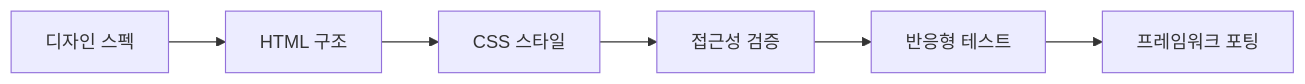
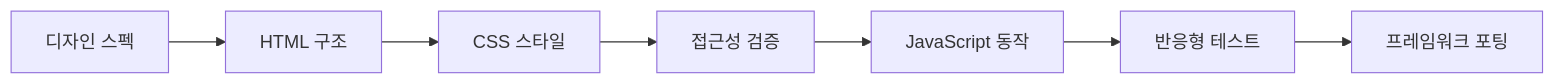
One commit to anerjin/design_system changed the diagram in _guide/project_guide.md. Above: the diagram before and after it, drawn with Mermaid. The commit also changed other lines of this file and 53 other files, not shown here.

````diff
--- a/_guide/project_guide.md
+++ b/_guide/project_guide.md
@@ -114,8 +148,9 @@
 ```mermaid
 graph LR
     A[디자인 스펙] --> B[HTML 구조]
     B --> C[CSS 스타일]
     C --> D[접근성 검증]
-    D --> E[반응형 테스트]
-    E --> F[프레임워크 포팅]
+    D --> E[JavaScript 동작]
+    E --> F[반응형 테스트]
+    F --> G[프레임워크 포팅]
 ```
````
